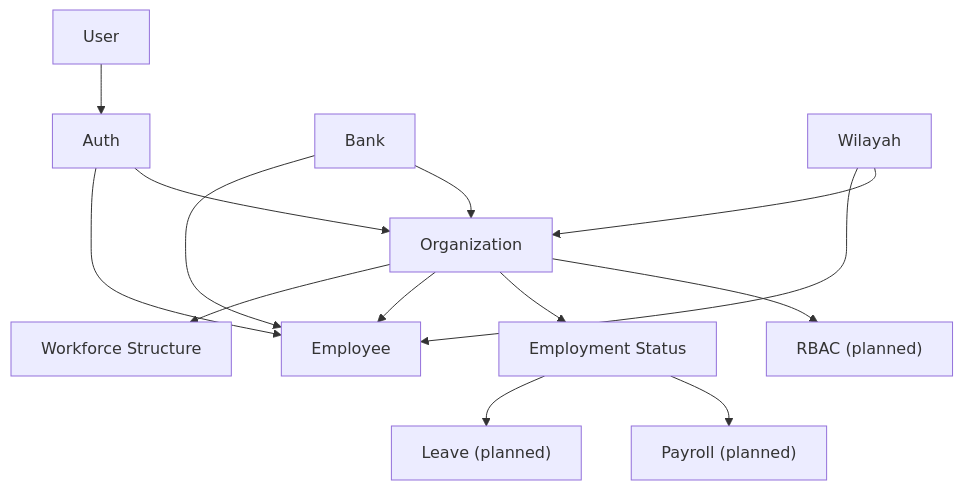
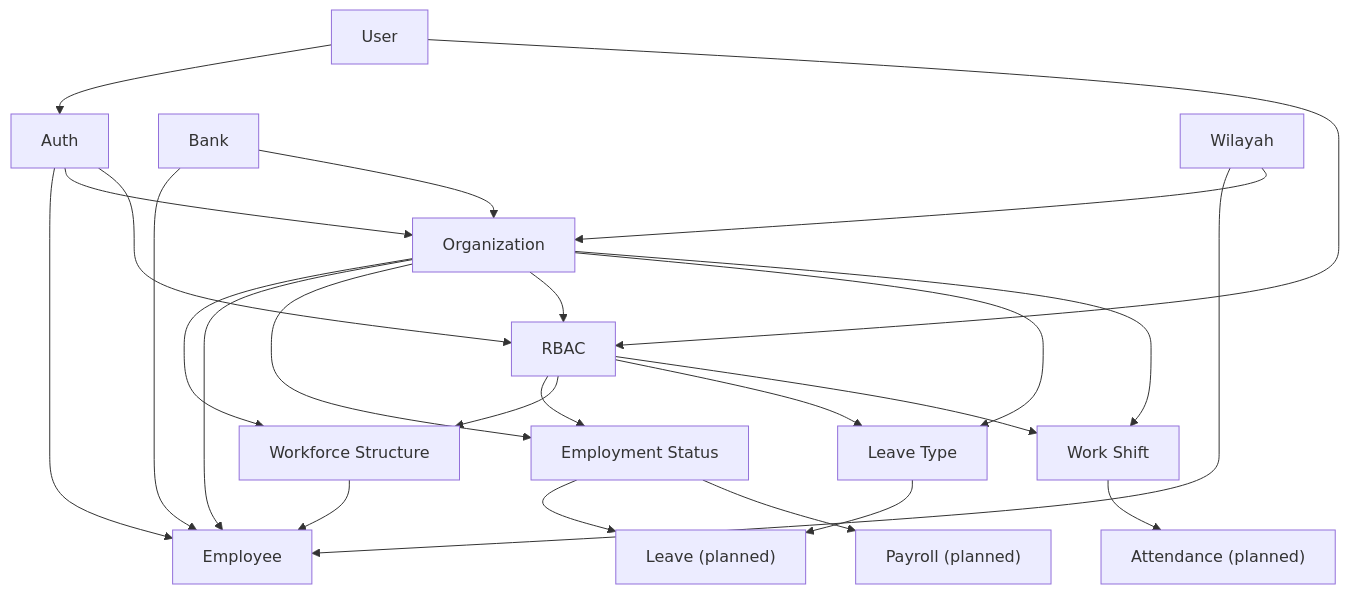
Before and after one commit to bagusyanuar/hris-docs: the diagram in PRD/README.md, drawn with Mermaid. The commit also changed other lines of this file and 13 other files, not shown here.

````diff
--- a/PRD/README.md
+++ b/PRD/README.md
@@ -25,16 +30,27 @@
 ```mermaid
 graph TD
     Organization --> WorkforceStructure["Workforce Structure"]
     Organization --> Employee
     Organization --> EmploymentStatus["Employment Status"]
     User --> Auth
     Auth --> Employee
     Auth --> Organization
     Bank --> Employee
     Bank --> Organization
     Wilayah --> Employee
     Wilayah --> Organization
     EmploymentStatus --> Leave["Leave (planned)"]
     EmploymentStatus --> Payroll["Payroll (planned)"]
-    Organization --> RBAC["RBAC (planned)"]
+    Auth --> RBAC
+    User --> RBAC
+    Organization --> RBAC
+    RBAC --> EmploymentStatus
+    RBAC --> WorkforceStructure
+    WorkforceStructure --> Employee
+    Organization --> LeaveType["Leave Type"]
+    RBAC --> LeaveType
+    LeaveType --> Leave
+    Organization --> WorkShift["Work Shift"]
+    RBAC --> WorkShift
+    WorkShift --> Attendance["Attendance (planned)"]
 ```
````
